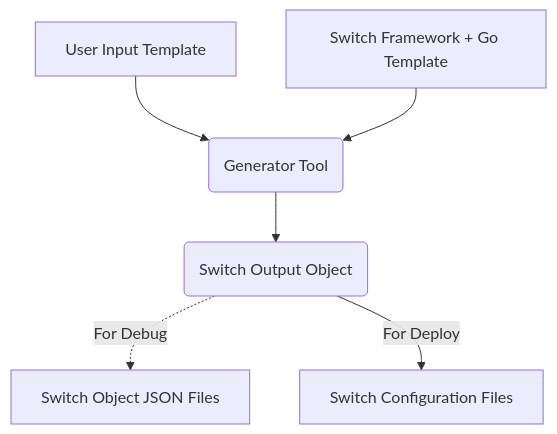
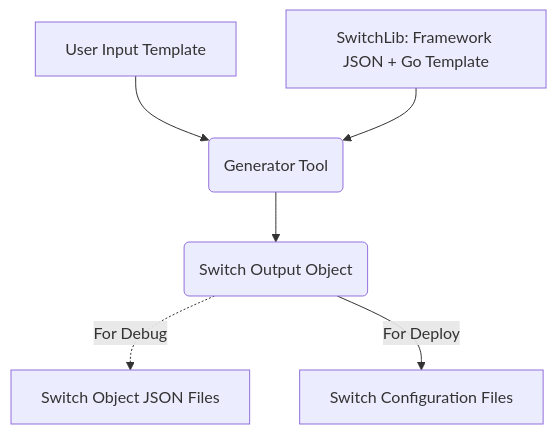
The diagram in README.md (microsoft/AzureStack_Network_Switch_Config_Generator), drawn with Mermaid before and after one commit. The commit also changed other lines of this file and 117 other files, not shown here.

````diff
--- a/README.md
+++ b/README.md
@@ -32,14 +14,14 @@
 ```mermaid
 flowchart TD
-    A[Switch Framework + Go Template]
+    A[SwitchLib: Framework JSON + Go Template]
     B[User Input Template]
     C(Generator Tool)
     D(Switch Output Object)
     E[Switch Object JSON Files]
     F[Switch Configuration Files]
     B --> C
     A --> C
     C --> D
     D -.-> |For Debug| E
     D --> |For Deploy| F
 ```
````
